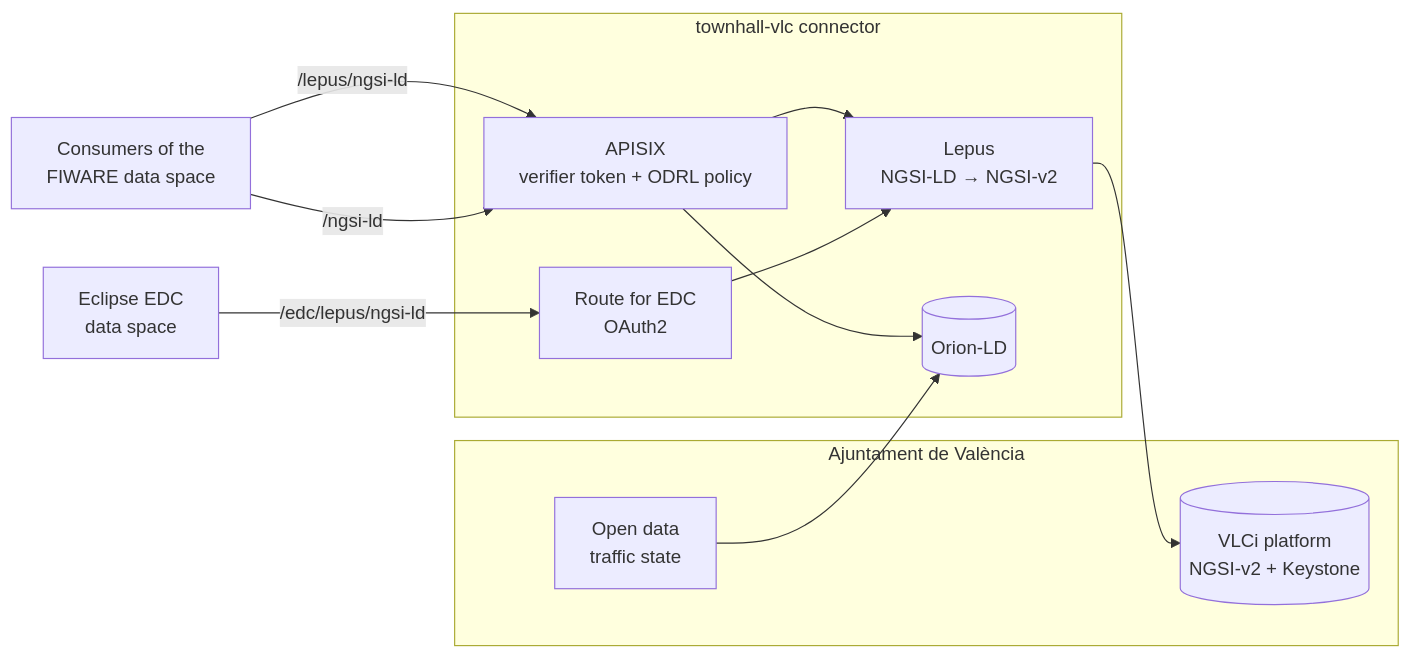
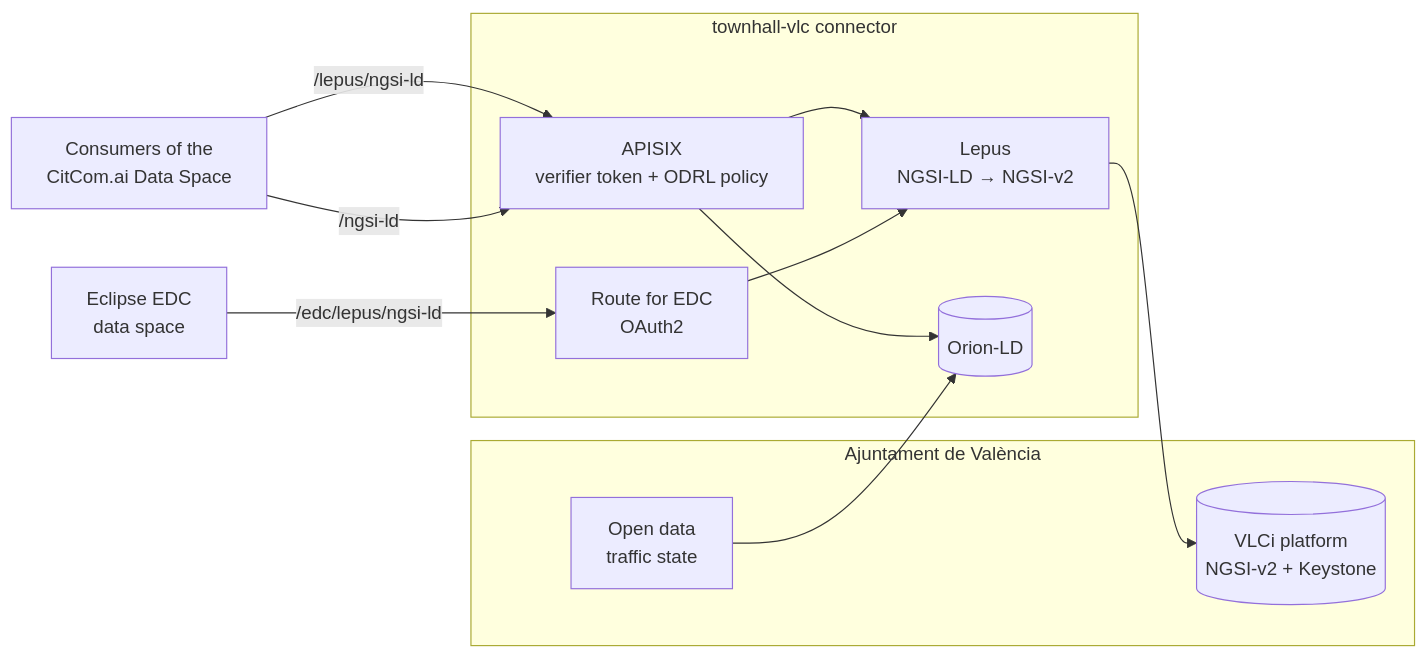
The first of 2 diagrams in docs/valencia/index.md (CitComAI-Hub/CitComAI-Hub.github.io), drawn with Mermaid before and after one commit. The commit also changed other lines of this file and 16 other files, not shown here.

First line of the commit message:
docs: the data space is the CitCom.ai Data Space (FIWARE is the technology); no German TEF node

````diff
--- a/docs/valencia/index.md
+++ b/docs/valencia/index.md
@@ -41,22 +41,22 @@
 ```mermaid
 flowchart LR
     subgraph CITY["Ajuntament de València"]
         VLCI[("VLCi platform<br/>NGSI-v2 + Keystone")]
         OD["Open data<br/>traffic state"]
     end
     subgraph TV["townhall-vlc connector"]
         GW["APISIX<br/>verifier token + ODRL policy"]
         LE["Lepus<br/>NGSI-LD → NGSI-v2"]
         OR[("Orion-LD")]
         EDC["Route for EDC<br/>OAuth2"]
     end
-    CONS["Consumers of the<br/>FIWARE data space"]
+    CONS["Consumers of the<br/>CitCom.ai Data Space"]
     EDCC["Eclipse EDC<br/>data space"]
 
     CONS -- "/lepus/ngsi-ld" --> GW
     CONS -- "/ngsi-ld" --> GW
     GW --> LE --> VLCI
     GW --> OR
     OD --> OR
     EDCC -- "/edc/lepus/ngsi-ld" --> EDC --> LE
 ```
````
